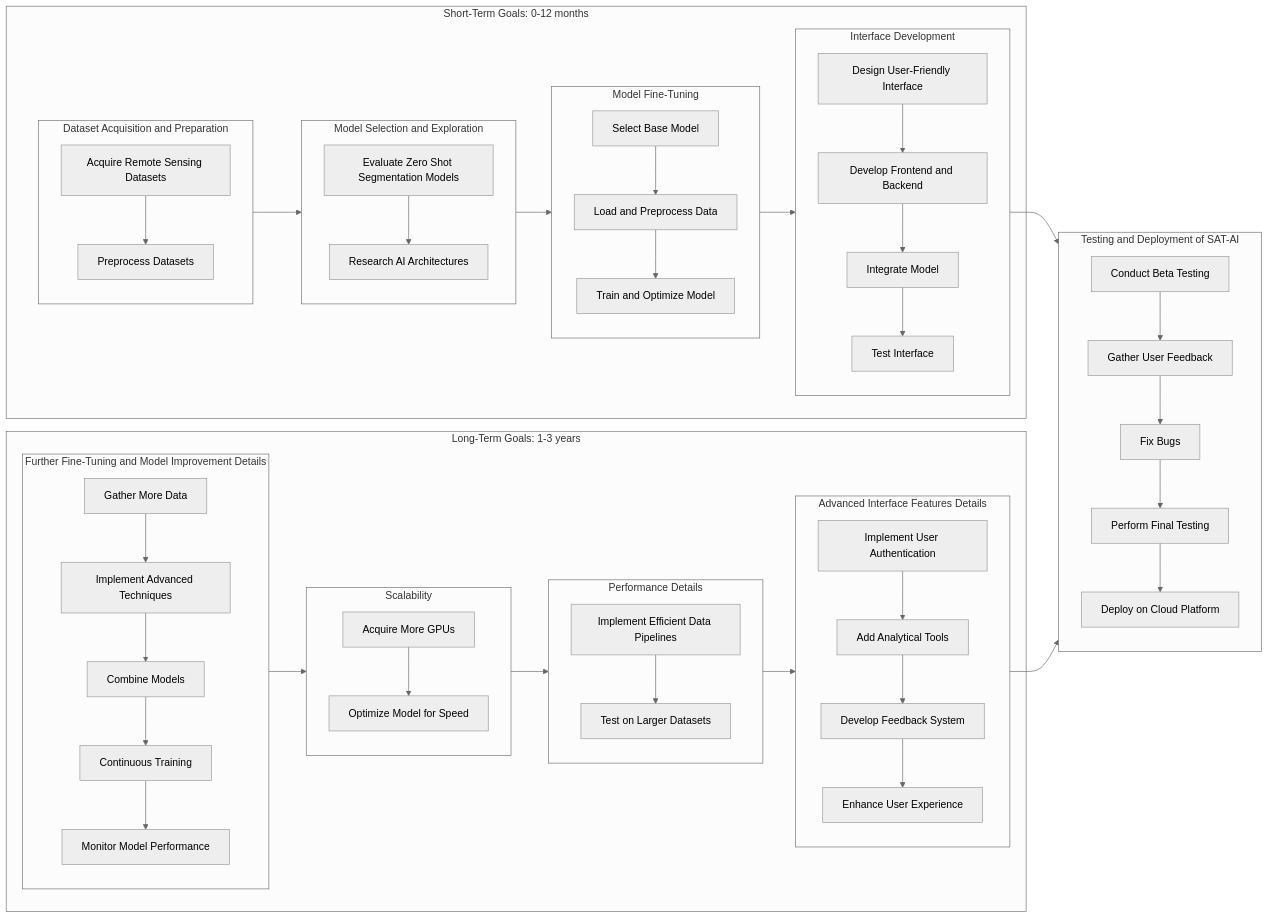
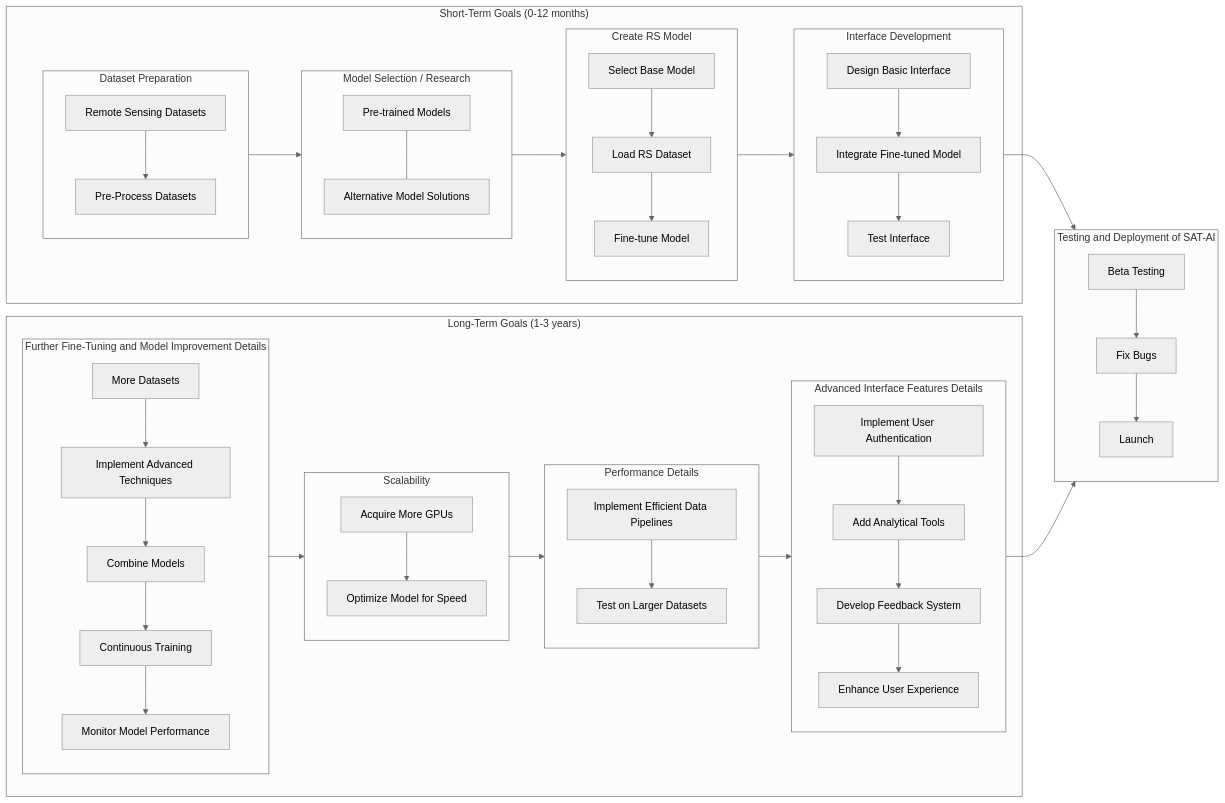
The diagram in SAT-AI_Roadmap.md (KannanThuvakaran/SAT-AI), drawn with Mermaid before and after one commit.

Commit message:
update roadmap

````diff
--- a/SAT-AI_Roadmap.md
+++ b/SAT-AI_Roadmap.md
@@ -8,51 +8,52 @@
 
 flowchart LR
 
-    subgraph Short-Term Goals: 0-12 months
-        A[Dataset Acquisition and Preparation] --> B[Model Selection and Exploration]
+    subgraph Short-Term Goals["Short-Term Goals (0-12 months)"]
+        A[Dataset Preparation] --> B[Model Selection and Exploration]
         B --> C[Model Fine-Tuning]
         C --> D[Interface Development]
        
     end
 
-    subgraph Long-Term Goals: 1-3 years
+    subgraph Long-Term Goals["Long-Term Goals (1-3 years)"]
         F[Further Fine-Tuning and Model Improvement] --> G[Scalability]
         G --> H[Perfomance]
         H --> I[Advanced Interface Features Details]
         
     end
+
     D --> J[Testing and Deployment]
     I --> J
 
-
     %% Dataset Acquisition and Preparation Details
-    subgraph A[Dataset Acquisition and Preparation]
-        A1[Acquire Remote Sensing Datasets] --> A2[Preprocess Datasets]
+    subgraph A[Dataset Preparation]
+        A1[Remote Sensing Datasets] --> A2[Pre-Process Datasets]
     end
 
     %% Model Selection and Exploration Details
-    subgraph B[Model Selection and Exploration]
-        B1[Evaluate Zero Shot Segmentation Models] --> B2[Research AI Architectures]
+    subgraph B[Model Selection / Research]
+        B1[Pre-trained Models] ---
+        B2[Alternative Model Solutions]
     end
 
     %% Model Fine-Tuning Details
-    subgraph C[Model Fine-Tuning]
-        C1[Select Base Model] --> C2[Load and Preprocess Data]
-        C2 --> C3[Train and Optimize Model]
+    subgraph C[Create RS Model]
+        C1[Select Base Model] --> C2[Load RS Dataset]
+        C2 --> C3[Fine-tune Model]
     end
 
     %% Interface Development Details
     subgraph D[Interface Development]
-        D1[Design User-Friendly Interface] --> D2[Develop Frontend and Backend]
-        D2 --> D3[Integrate Model]
-        D3 --> D4[Test Interface]
+        D1[Design Basic Interface] 
+        D1 --> D2[Integrate Fine-tuned Model]
+        D2 --> D3[Test Interface]
     end
 
 
     %% Advanced Fine-Tuning and Model Improvement Details
     subgraph F[Further Fine-Tuning and Model Improvement Details]
         direction TB
-        F1[Gather More Data] --> F2[Implement Advanced Techniques]
+        F1[More Datasets] --> F2[Implement Advanced Techniques]
         F2 --> F3[Combine Models]
         F3 --> F4[Continuous Training]
         F4 --> F5[Monitor Model Performance]
@@ -80,10 +81,8 @@
 
     %% Testing and Deployment Details
     subgraph J[Testing and Deployment of SAT-AI]
-        J1[Conduct Beta Testing] --> J2[Gather User Feedback]
-        J2 --> J3[Fix Bugs]
-        J3 --> J4[Perform Final Testing]
-        J4 --> J5[Deploy on Cloud Platform]
+        J1[Beta Testing] --> J3[Fix Bugs]
+        J3 --> J5[Launch]
     end
 
 ```
````
